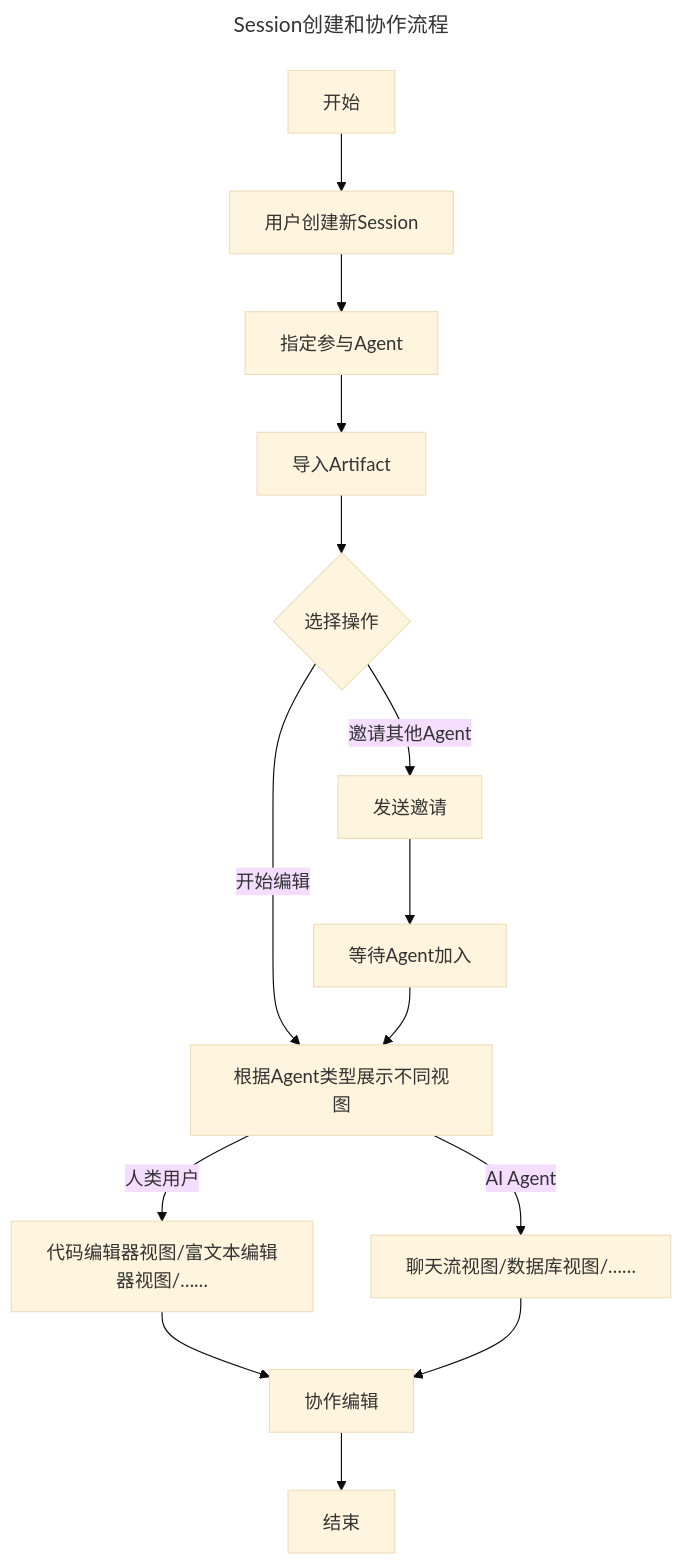
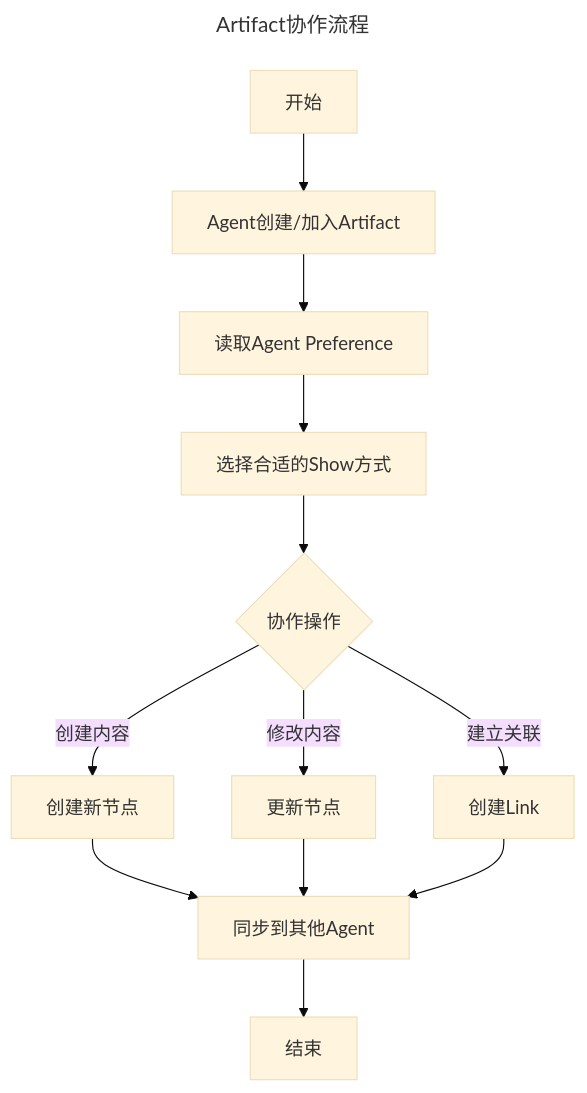
The second of 2 diagrams in docs/designs/big_picture.md (H2OSLabs/agentour), drawn with Mermaid (base theme) before and after one commit. The commit also changed other lines of this file and 6 other files, not shown here.

Commit message:
update data schema

````diff
--- a/docs/designs/big_picture.md
+++ b/docs/designs/big_picture.md
@@ -32,19 +427,17 @@
 ```mermaid
 ---
-title: Session创建和协作流程
+title: Artifact协作流程
 ---
 flowchart TD
-    A[开始] --> B[用户创建新Session]
-    B --> C[指定参与Agent]
-    C --> D[导入Artifact]
-    D --> E{选择操作}
-    E -->|邀请其他Agent| F[发送邀请]
-    E -->|开始编辑| G[根据Agent类型展示不同视图]
-    G -->|人类用户| H[代码编辑器视图/富文本编辑器视图/……]
-    G -->|AI Agent| I[聊天流视图/数据库视图/……]
-    F --> J[等待Agent加入]
-    J --> G
-    H --> K[协作编辑]
-    I --> K
-    K --> L[结束]
+    A[开始] --> B[Agent创建/加入Artifact]
+    B --> C[读取Agent Preference]
+    C --> D[选择合适的Show方式]
+    D --> E{协作操作}
+    E -->|创建内容| F[创建新节点]
+    E -->|修改内容| G[更新节点]
+    E -->|建立关联| H[创建Link]
+    F --> I[同步到其他Agent]
+    G --> I
+    H --> I
+    I --> J[结束]
 ```
````
